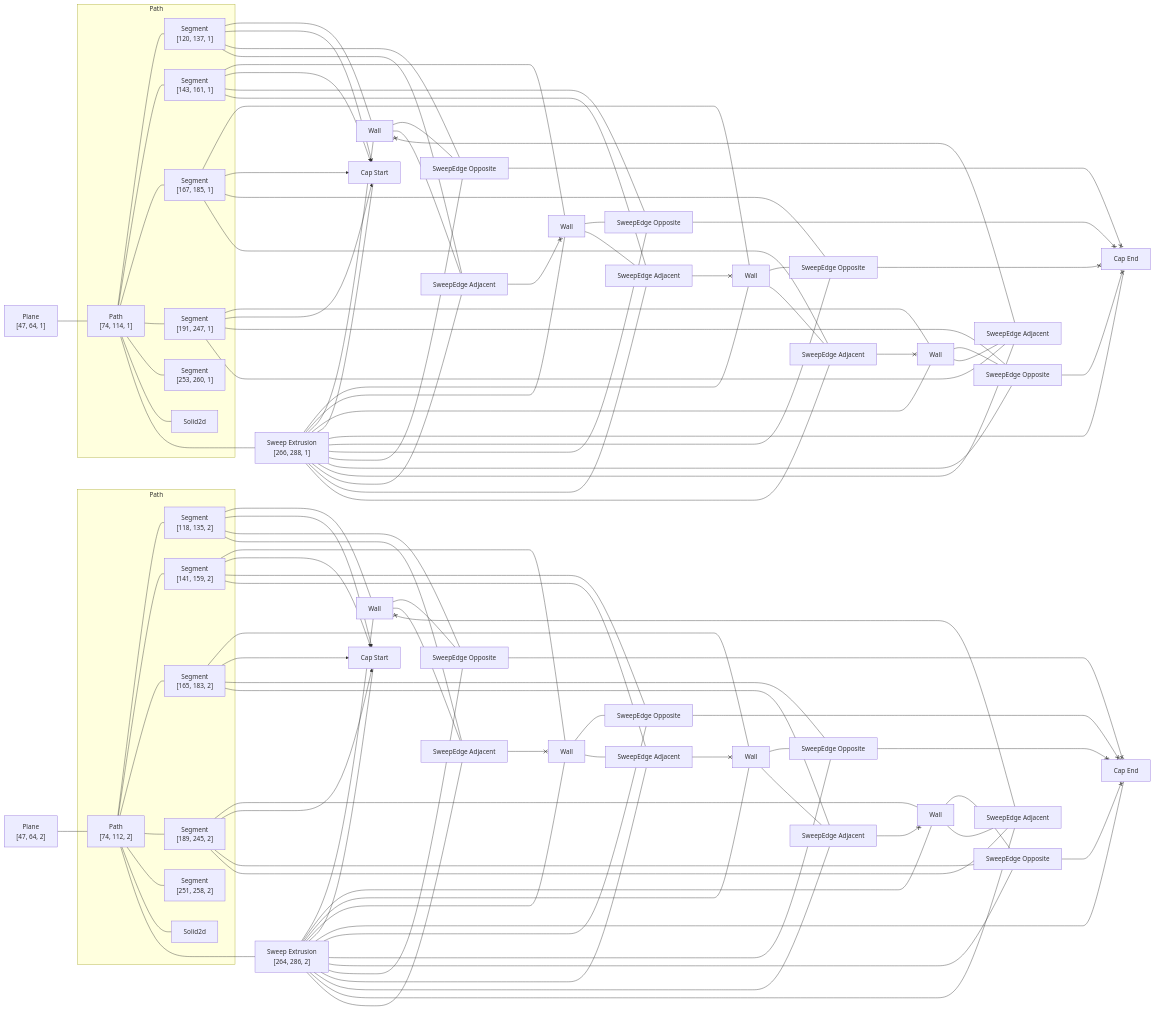
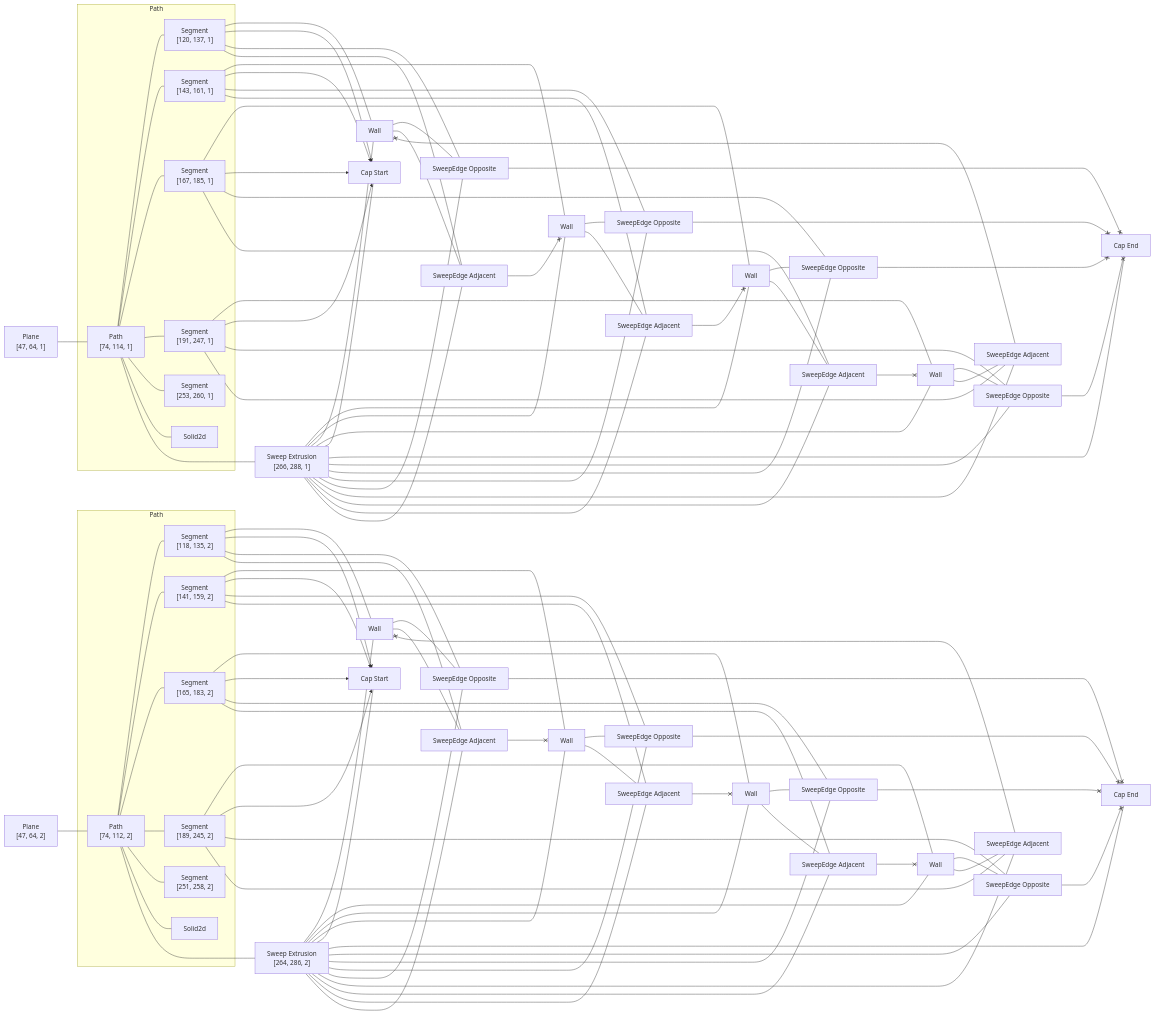
The diagram in rust/kcl-lib/tests/assembly_mixed_units_cubes/artifact_graph_flowchart.snap.md (rajgandhi1/modeling-app), drawn with Mermaid before and after one commit. The commit also changed 7 other files, not shown here.

```diff
--- a/rust/kcl-lib/tests/assembly_mixed_units_cubes/artifact_graph_flowchart.snap.md
+++ b/rust/kcl-lib/tests/assembly_mixed_units_cubes/artifact_graph_flowchart.snap.md
@@ -68,19 +68,19 @@
   4 ---- 18
   5 --- 25
   5 x--> 28
-  5 --- 37
-  5 --- 44
+  5 --- 38
+  5 --- 46
   6 --- 24
   6 x--> 28
-  6 --- 36
+  6 --- 37
   6 --- 45
   7 --- 23
   7 x--> 28
-  7 --- 35
-  7 --- 46
+  7 --- 36
+  7 --- 44
   8 --- 26
   8 x--> 28
-  8 --- 38
+  8 --- 35
   8 --- 43
   10 --- 19
   10 x--> 27
@@ -88,16 +88,16 @@
   10 --- 42
   11 --- 22
   11 x--> 27
-  11 --- 31
-  11 --- 39
+  11 --- 33
+  11 --- 41
   12 --- 21
   12 x--> 27
   12 --- 32
   12 --- 40
   13 --- 20
   13 x--> 27
-  13 --- 33
-  13 --- 41
+  13 --- 31
+  13 --- 39
   17 --- 23
   17 --- 24
   17 --- 25
@@ -127,29 +127,29 @@
   18 --- 41
   18 --- 42
   19 --- 34
-  41 <--x 19
+  39 <--x 19
   19 --- 42
-  20 --- 33
+  20 --- 31
+  20 --- 39
   40 <--x 20
-  20 --- 41
   21 --- 32
-  39 <--x 21
   21 --- 40
-  22 --- 31
-  22 --- 39
+  41 <--x 21
+  22 --- 33
+  22 --- 41
   42 <--x 22
-  23 --- 35
+  23 --- 36
+  23 --- 44
   45 <--x 23
-  23 --- 46
-  24 --- 36
-  44 <--x 24
+  24 --- 37
   24 --- 45
-  25 --- 37
+  46 <--x 24
+  25 --- 38
   43 <--x 25
-  25 --- 44
-  26 --- 38
+  25 --- 46
+  26 --- 35
   26 --- 43
-  46 <--x 26
+  44 <--x 26
   31 <--x 29
   32 <--x 29
   33 <--x 29
```
